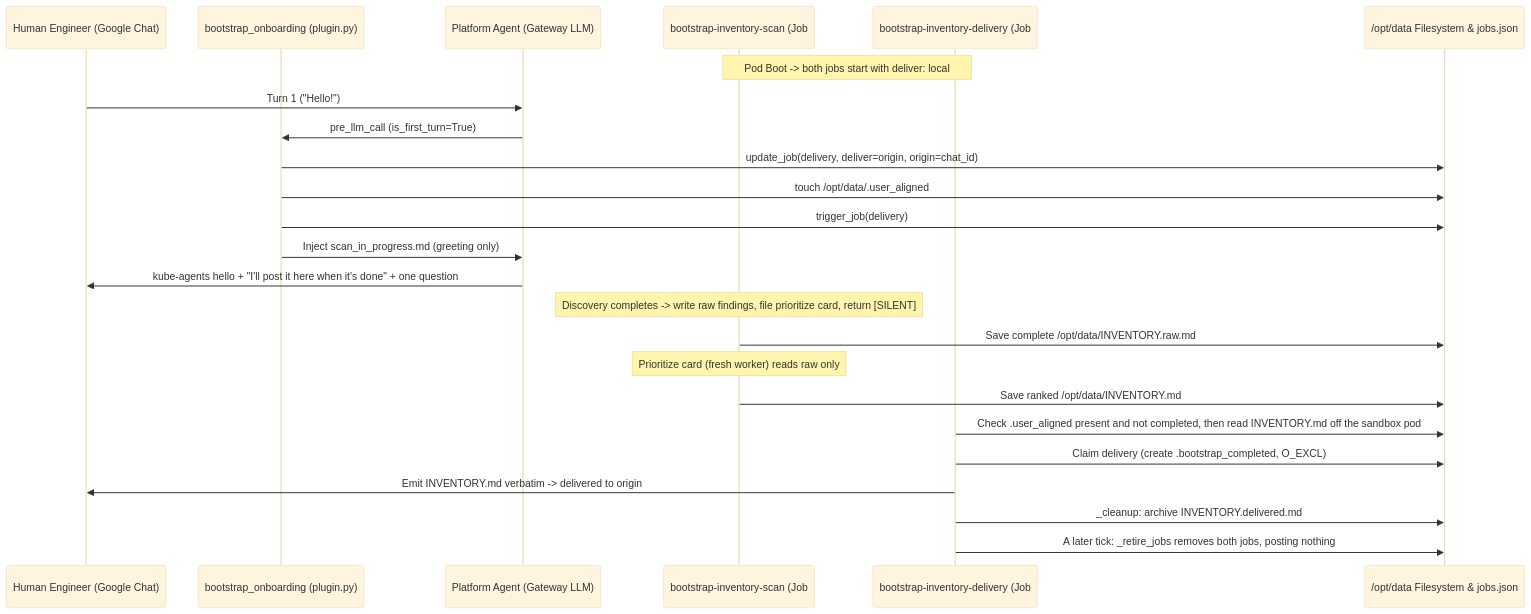
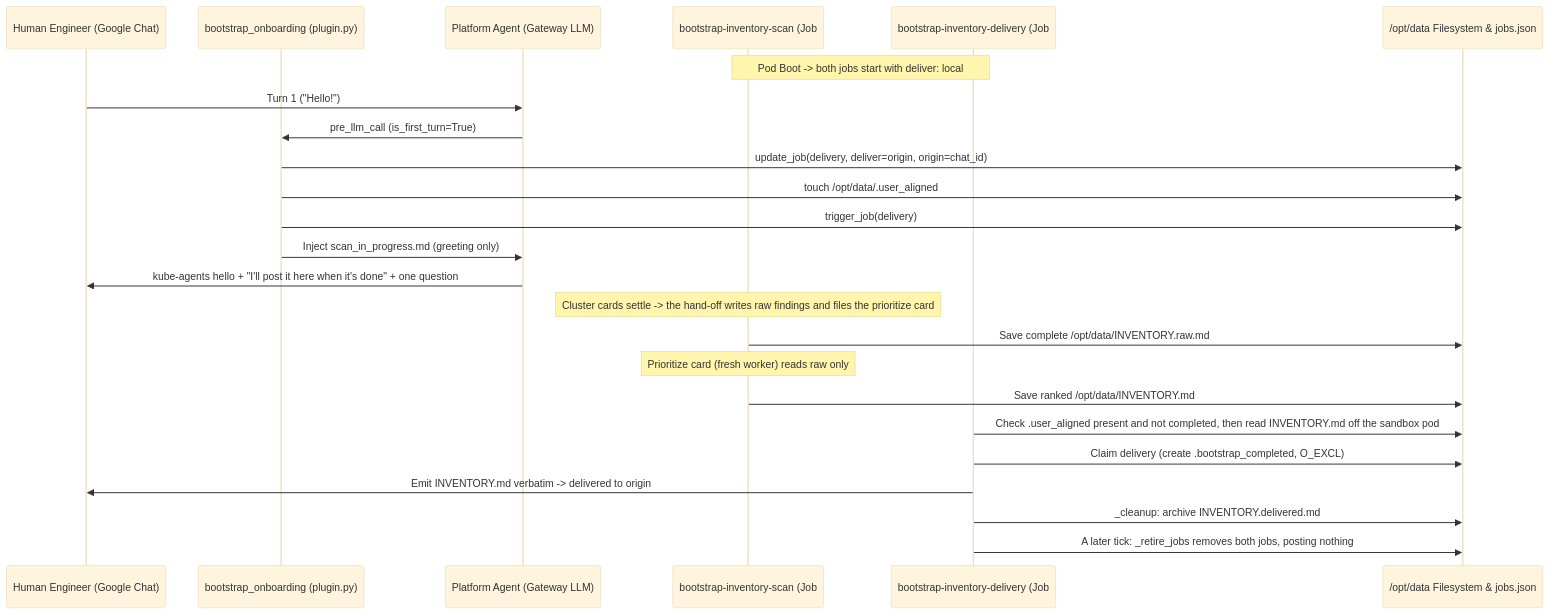
Before and after one commit to gke-labs/kube-agents: the second of 3 diagrams in agents/chat/defaults/plugins/bootstrap_onboarding/README.md, drawn with Mermaid (base theme). The commit also changed other lines of this file and 35 other files, not shown here.

````diff
--- a/agents/chat/defaults/plugins/bootstrap_onboarding/README.md
+++ b/agents/chat/defaults/plugins/bootstrap_onboarding/README.md
@@ -116,27 +119,27 @@
 ```mermaid
 sequenceDiagram
     participant User as Human Engineer (Google Chat)
     participant Hook as bootstrap_onboarding (plugin.py)
     participant Agent as Platform Agent (Gateway LLM)
     participant Scan as bootstrap-inventory-scan (Job #1, LLM)
     participant Deliver as bootstrap-inventory-delivery (Job #2, no_agent script)
     participant Disk as /opt/data Filesystem & jobs.json
 
     Note over Scan,Deliver: Pod Boot -> both jobs start with deliver: local
     User->>Agent: Turn 1 ("Hello!")
     Agent->>Hook: pre_llm_call (is_first_turn=True)
     Hook->>Disk: update_job(delivery, deliver=origin, origin=chat_id)
     Hook->>Disk: touch /opt/data/.user_aligned
     Hook->>Disk: trigger_job(delivery)
     Hook->>Agent: Inject scan_in_progress.md (greeting only)
     Agent->>User: kube-agents hello + "I'll post it here when it's done" + one question
-    Note over Scan: Discovery completes -> write raw findings, file prioritize card, return [SILENT]
+    Note over Scan: Cluster cards settle -> the hand-off writes raw findings and files the prioritize card
     Scan->>Disk: Save complete /opt/data/INVENTORY.raw.md
     Note over Scan: Prioritize card (fresh worker) reads raw only
     Scan->>Disk: Save ranked /opt/data/INVENTORY.md
     Deliver->>Disk: Check .user_aligned present and not completed, then read INVENTORY.md off the sandbox pod
     Deliver->>Disk: Claim delivery (create .bootstrap_completed, O_EXCL)
     Deliver->>User: Emit INVENTORY.md verbatim -> delivered to origin
     Deliver->>Disk: _cleanup: archive INVENTORY.delivered.md
     Deliver->>Disk: A later tick: _retire_jobs removes both jobs, posting nothing
 ```
````
